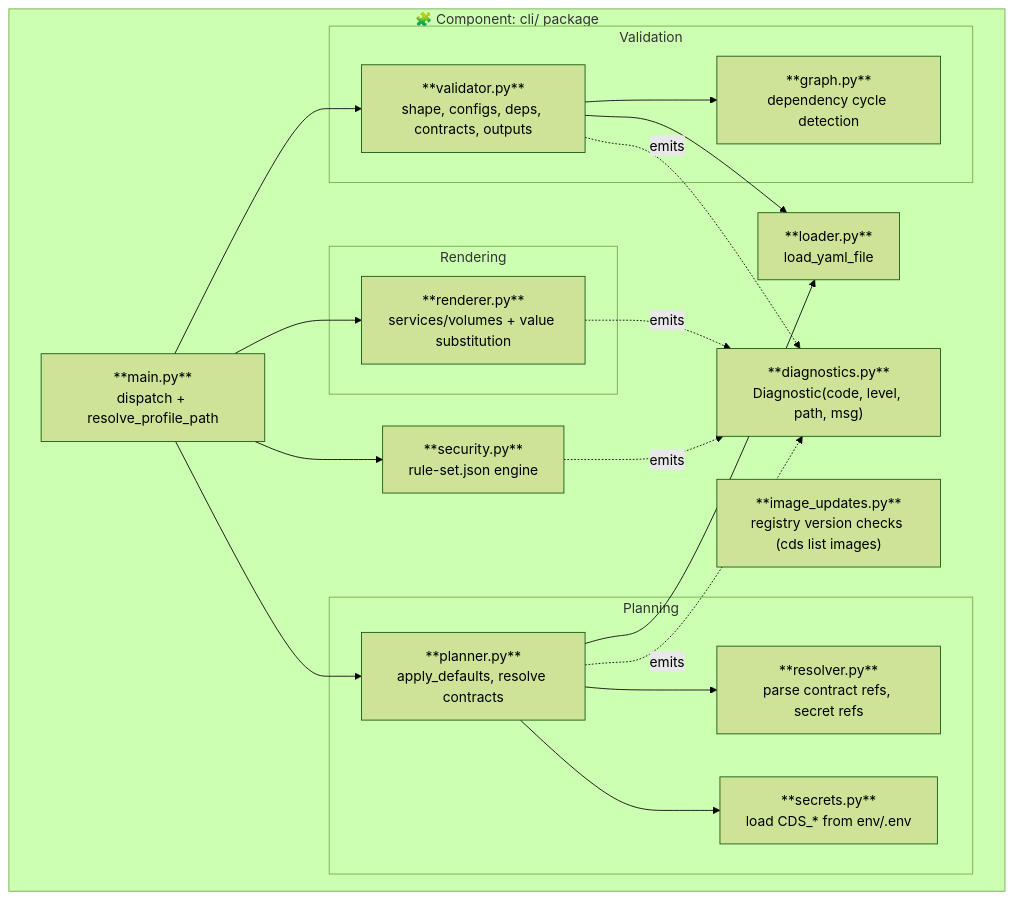
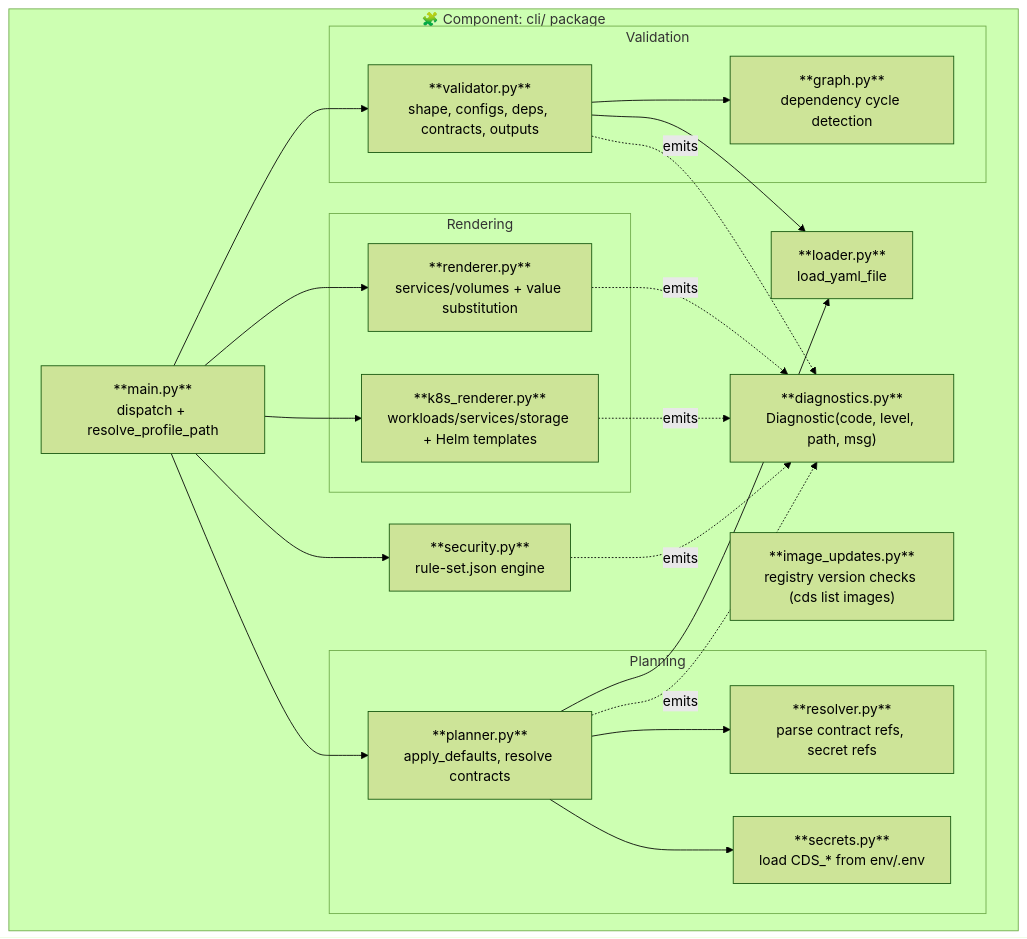
The third of 9 diagrams in docs/how-it-works.md (RonaldHensbergen/composable-data-stack), drawn with Mermaid (forest theme) before and after one commit. The commit also changed other lines of this file and 15 other files, not shown here.

````diff
--- a/docs/how-it-works.md
+++ b/docs/how-it-works.md
@@ -216,40 +214,43 @@
 ```mermaid
 graph TB
     subgraph CLI["🧩 Component: cli/ package"]
         MAIN["**main.py**<br/>dispatch + resolve_profile_path"]
 
         subgraph VAL["Validation"]
             VALIDATOR["**validator.py**<br/>shape, configs, deps, contracts, outputs"]
             GRAPH["**graph.py**<br/>dependency cycle detection"]
         end
 
         subgraph PLAN["Planning"]
             PLANNER["**planner.py**<br/>apply_defaults, resolve contracts"]
             RESOLVER["**resolver.py**<br/>parse contract refs, secret refs"]
             SECRETS["**secrets.py**<br/>load CDS_* from env/.env"]
         end
 
         subgraph REND["Rendering"]
             RENDERER["**renderer.py**<br/>services/volumes + value substitution"]
+            KRENDERER["**k8s_renderer.py**<br/>workloads/services/storage + Helm templates"]
         end
 
         SEC["**security.py**<br/>rule-set.json engine"]
         LOADER["**loader.py**<br/>load_yaml_file"]
         DIAG["**diagnostics.py**<br/>Diagnostic(code, level, path, msg)"]
         IMG["**image_updates.py**<br/>registry version checks (cds list images)"]
     end
 
     MAIN --> VALIDATOR
     MAIN --> SEC
     MAIN --> PLANNER
     MAIN --> RENDERER
+    MAIN --> KRENDERER
     VALIDATOR --> GRAPH
     VALIDATOR --> LOADER
     PLANNER --> RESOLVER
     PLANNER --> SECRETS
     PLANNER --> LOADER
     VALIDATOR -.emits.-> DIAG
     PLANNER -.emits.-> DIAG
     RENDERER -.emits.-> DIAG
+    KRENDERER -.emits.-> DIAG
     SEC -.emits.-> DIAG
 ```
````
